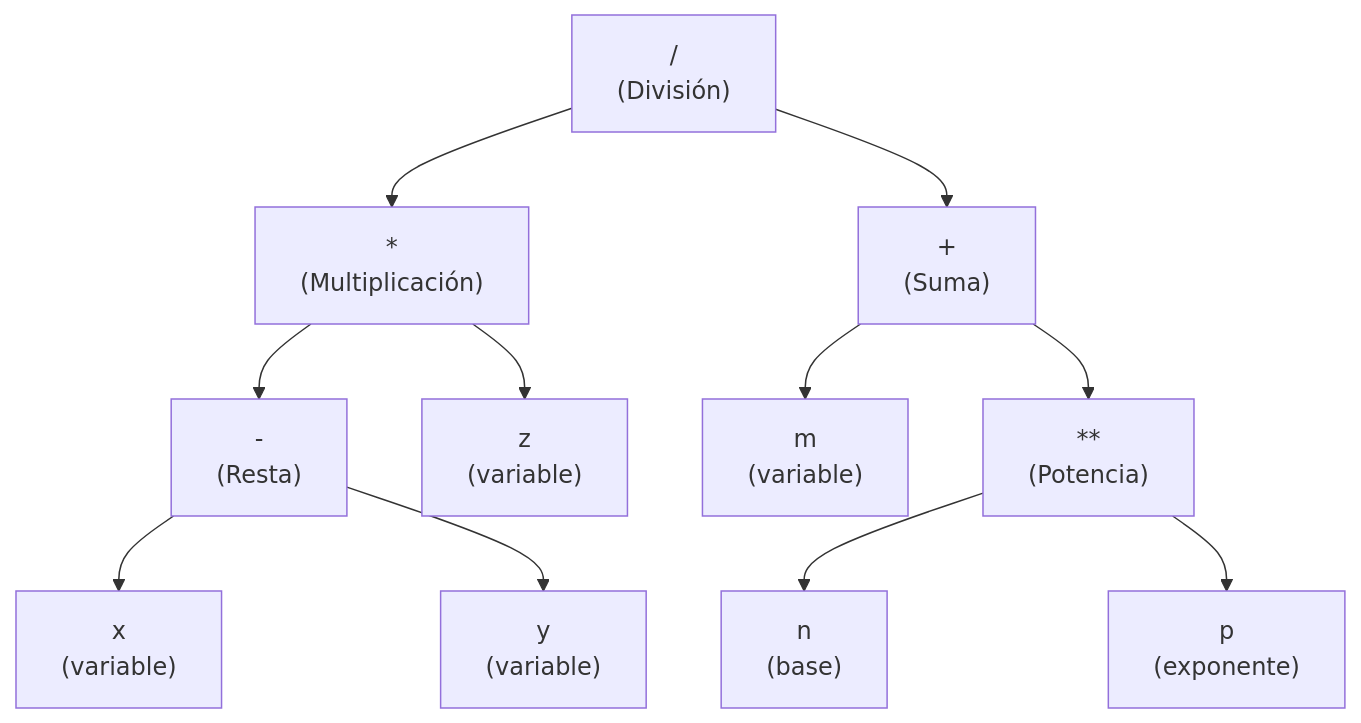
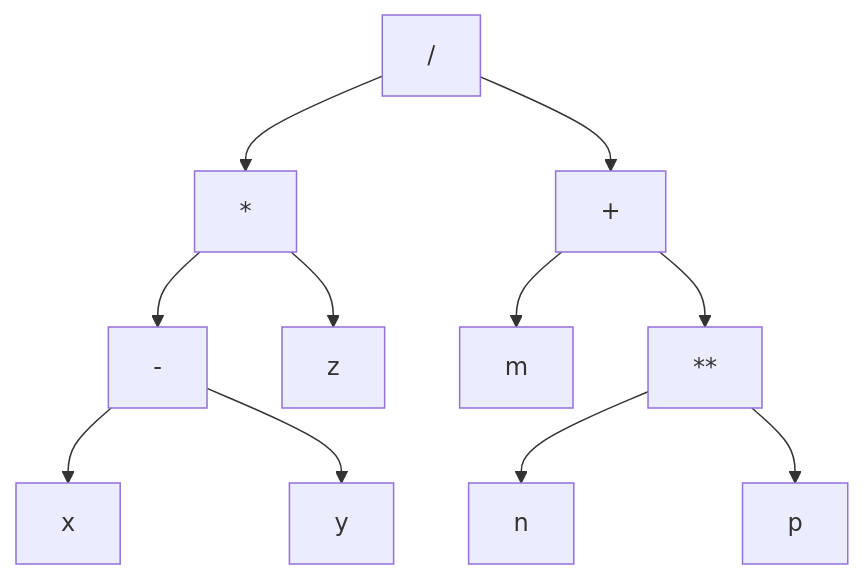
Before and after one commit to OscarMaciel3799/algoritmos-y-estructuras-2025: the diagram in 3° Parcial/02-Recursividad/03-Arboles/Ejercicio 5.3.3.md, drawn with Mermaid. The commit also changed other lines of this file, not shown here.

````diff
--- a/3° Parcial/02-Recursividad/03-Arboles/Ejercicio 5.3.3.md
+++ b/3° Parcial/02-Recursividad/03-Arboles/Ejercicio 5.3.3.md
@@ -80,25 +5,25 @@
 ```mermaid
 graph TD
-    R["/ <br/>(División)"]
-    M["* <br/>(Multiplicación)"]
-    P["+ <br/>(Suma)"]
-    S["- <br/>(Resta)"]
-    E["** <br/>(Potencia)"]
-    X["x <br/>(variable)"]
-    Y["y <br/>(variable)"]
-    Z["z <br/>(variable)"]
-    M2["m <br/>(variable)"]
-    N["n <br/>(base)"]
-    P2["p <br/>(exponente)"]
+    R["/"]
+    M["*"]
+    P["+"]
+    S["-"]
+    E["**"]
+    X["x"]
+    Y["y"]
+    Z["z"]
+    M2["m"]
+    N["n"]
+    P2["p"]
     
     R --> M
     R --> P
     M --> S
     M --> Z
     S --> X
     S --> Y
     P --> M2
     P --> E
     E --> N
     E --> P2
 ```
````
